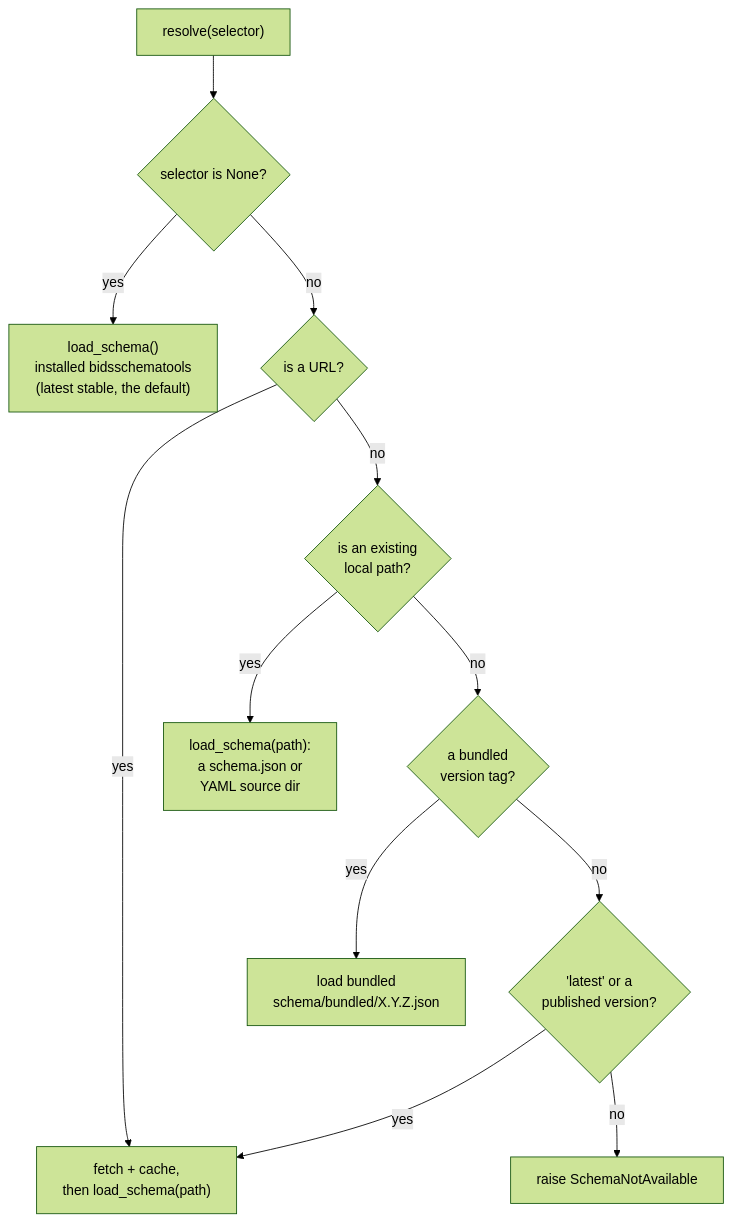
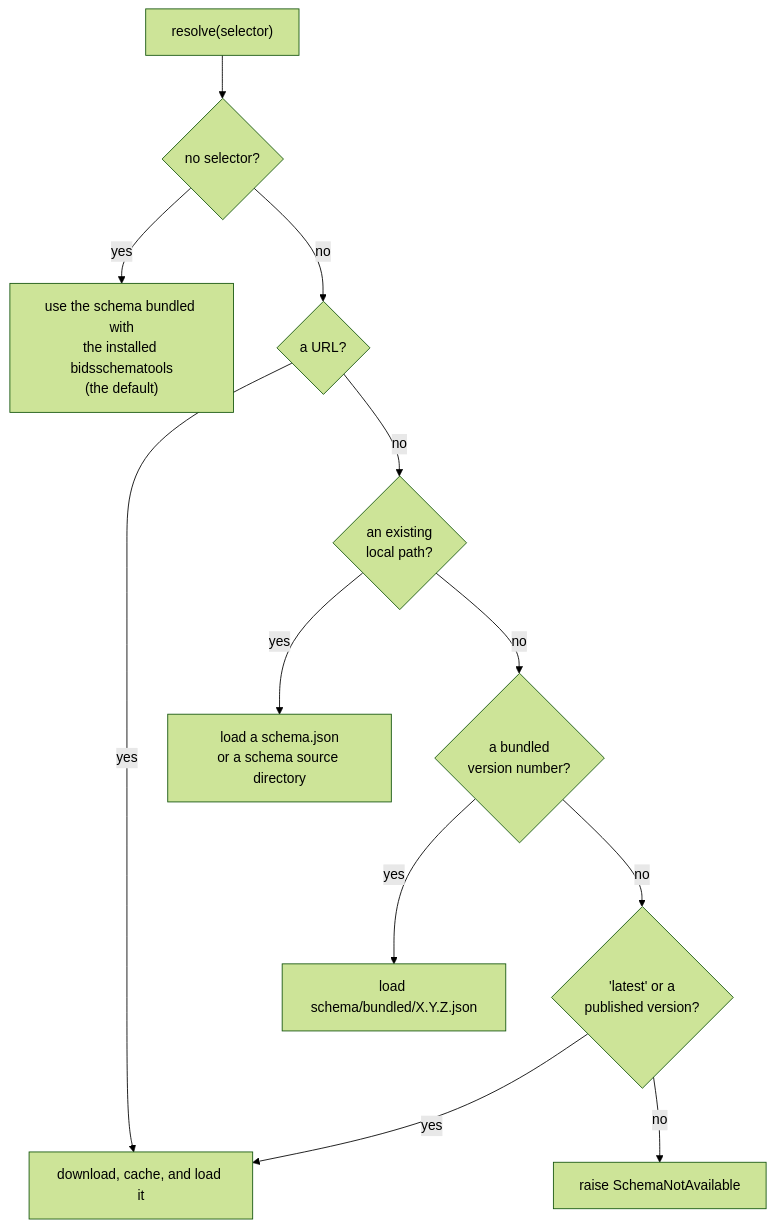
The second of 8 diagrams in docs/architecture.md (karellopez/python-validator), drawn with Mermaid (forest theme) before and after one commit. The commit also changed other lines of this file and 4 other files, not shown here.

First line of the commit message:
docs: add a "what changed" page and rewrite the architecture doc in plain prose

````diff
--- a/docs/architecture.md
+++ b/docs/architecture.md
@@ -128,14 +65,14 @@
 ```mermaid
 flowchart TD
-    SEL["resolve(selector)"] --> NONE{"selector is None?"}
-    NONE -- yes --> DEF["load_schema()<br/>installed bidsschematools<br/>(latest stable, the default)"]
-    NONE -- no --> URL{"is a URL?"}
-    URL -- yes --> FETCH["fetch + cache,<br/>then load_schema(path)"]
-    URL -- no --> PATH{"is an existing<br/>local path?"}
-    PATH -- yes --> LOCAL["load_schema(path):<br/>a schema.json or<br/>YAML source dir"]
-    PATH -- no --> BUNDLED{"a bundled<br/>version tag?"}
-    BUNDLED -- yes --> OFFLINE["load bundled<br/>schema/bundled/X.Y.Z.json"]
+    SEL["resolve(selector)"] --> NONE{"no selector?"}
+    NONE -- yes --> DEF["use the schema bundled with<br/>the installed bidsschematools<br/>(the default)"]
+    NONE -- no --> URL{"a URL?"}
+    URL -- yes --> FETCH["download, cache, and load it"]
+    URL -- no --> PATH{"an existing<br/>local path?"}
+    PATH -- yes --> LOCAL["load a schema.json<br/>or a schema source directory"]
+    PATH -- no --> BUNDLED{"a bundled<br/>version number?"}
+    BUNDLED -- yes --> OFFLINE["load schema/bundled/X.Y.Z.json"]
     BUNDLED -- no --> PUB{"'latest' or a<br/>published version?"}
     PUB -- yes --> FETCH
     PUB -- no --> ERR["raise SchemaNotAvailable"]
 ```
````
